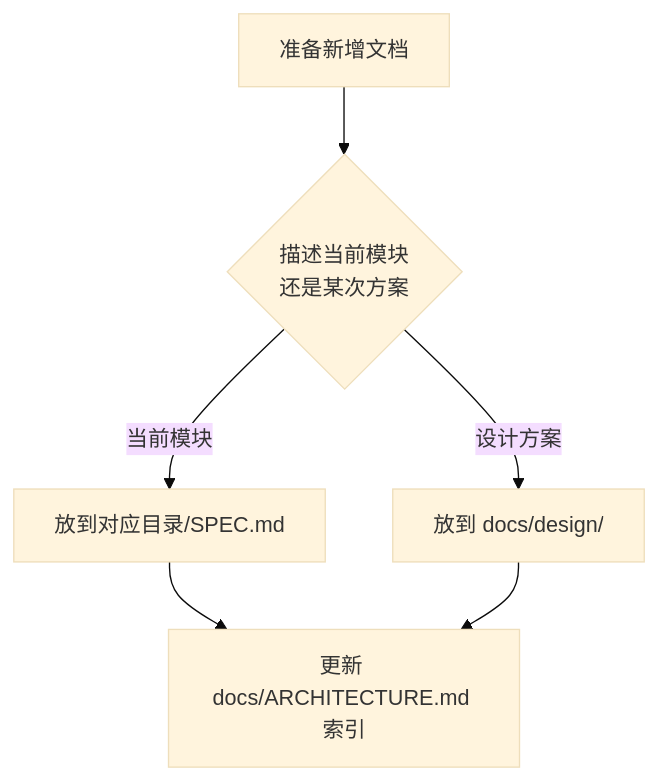
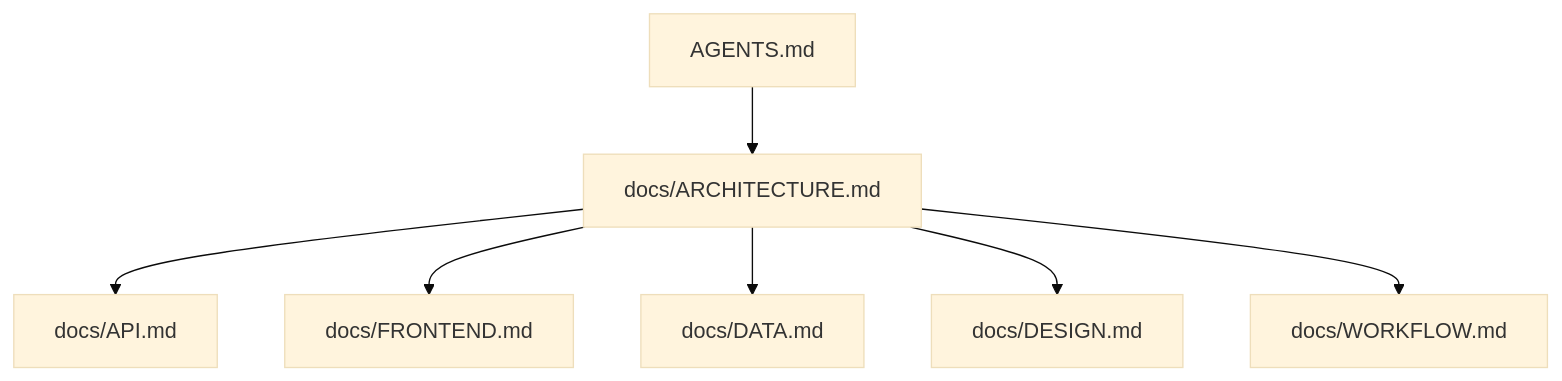
Before and after one commit to neavo/LinguaGacha: the third of 3 diagrams in docs/ARCHITECTURE.md, drawn with Mermaid (base theme). The commit also changed other lines of this file and 364 other files, not shown here.

````diff
--- a/docs/ARCHITECTURE.md
+++ b/docs/ARCHITECTURE.md
@@ -88,8 +68,9 @@
 ```mermaid
 flowchart TD
-    A["准备新增文档"] --> B{"描述当前模块<br/>还是某次方案"}
-    B -->|当前模块| C["放到对应目录/SPEC.md"]
-    B -->|设计方案| D["放到 docs/design/"]
-    C --> E["更新 docs/ARCHITECTURE.md 索引"]
-    D --> E
+    A["AGENTS.md"] --> B["docs/ARCHITECTURE.md"]
+    B --> C["docs/API.md"]
+    B --> D["docs/FRONTEND.md"]
+    B --> E["docs/DATA.md"]
+    B --> F["docs/DESIGN.md"]
+    B --> G["docs/WORKFLOW.md"]
 ```
````
